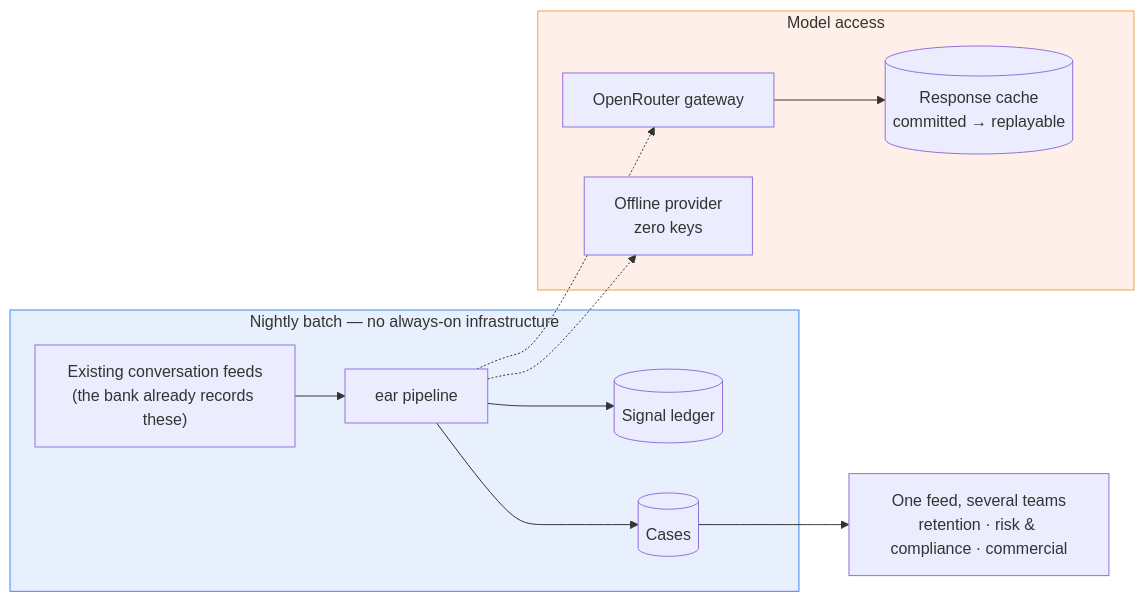
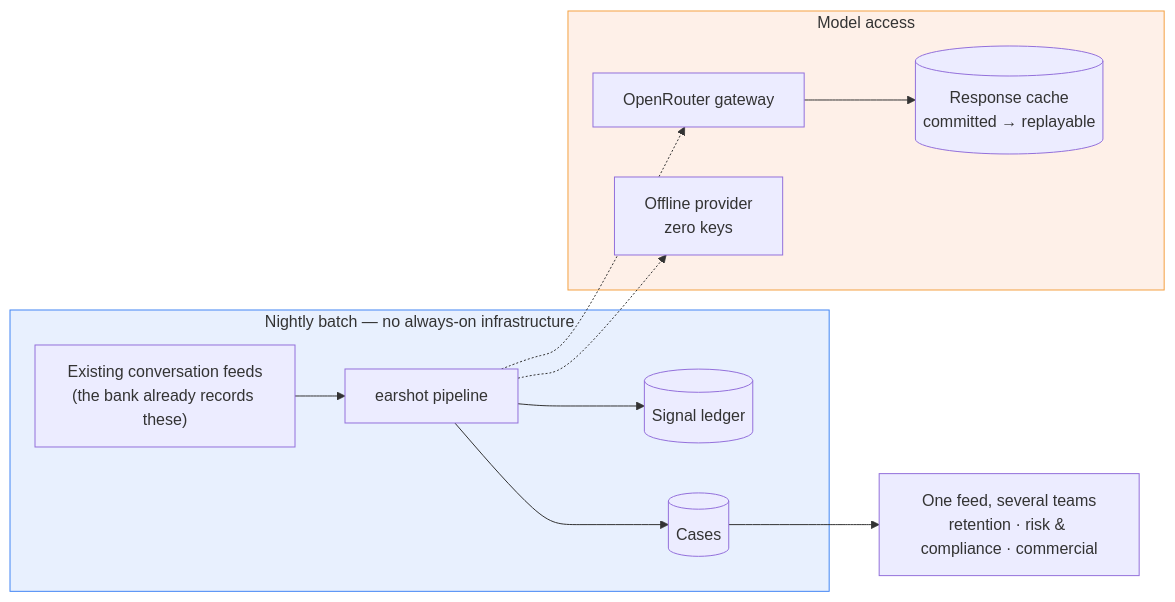
Before and after one commit to ravijp/Genesis_2026: the fourth of 4 diagrams in docs/architecture/architecture.md, drawn with Mermaid. The commit also changed other lines of this file and 12 other files, not shown here.

````diff
--- a/docs/architecture/architecture.md
+++ b/docs/architecture/architecture.md
@@ -138,25 +138,25 @@
 ```mermaid
 flowchart LR
     subgraph NIGHT["Nightly batch — no always-on infrastructure"]
         FEED["Existing conversation feeds<br/>(the bank already records these)"]
-        PIPE["ear pipeline"]
+        PIPE["earshot pipeline"]
         STORE[("Signal ledger")]
         FEED --> PIPE --> STORE
         PIPE --> CASES[("Cases")]
     end
 
     subgraph MODELS["Model access"]
         OR["OpenRouter gateway"]
         OFF["Offline provider<br/>zero keys"]
         CACHE[("Response cache<br/>committed → replayable")]
     end
 
     PIPE -.-> OR
     PIPE -.-> OFF
     OR --> CACHE
 
     CASES --> VIEWS["One feed, several teams<br/>retention · risk &amp; compliance · commercial"]
 
     style NIGHT fill:#e8f0fe,stroke:#4285f4
     style MODELS fill:#fef0e8,stroke:#f4a142
 ```
````
